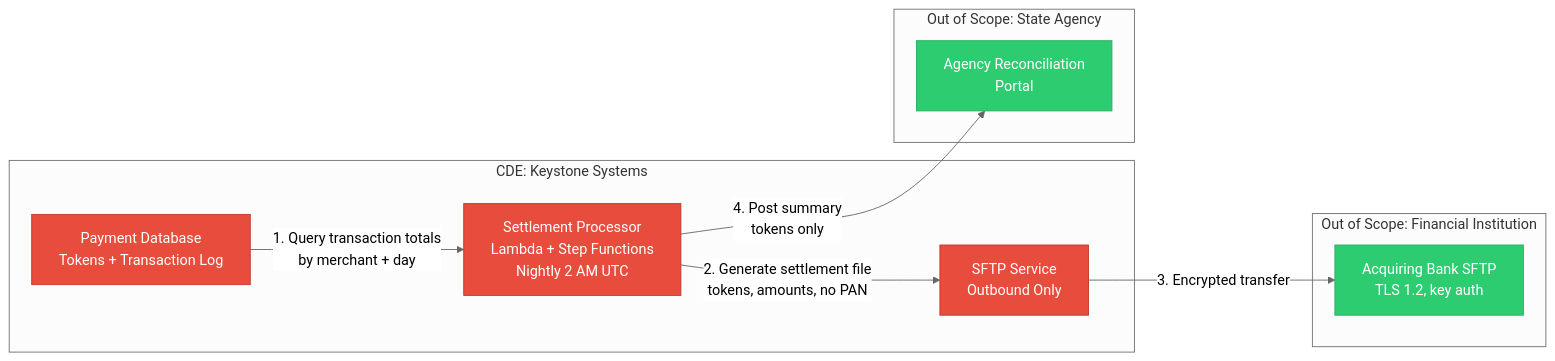
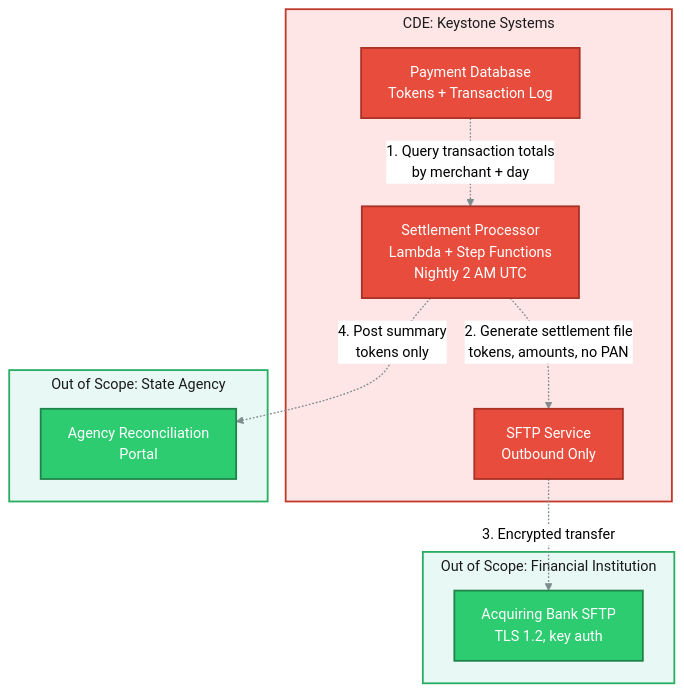
One commit to Josephkamara/audit-defense-portfolio changed the second of 3 diagrams in projects/payment-processor-compliance-program/01-scoping/cardholder-data-flow.md. Above: the diagram before and after it, drawn with Mermaid (neutral theme). The commit also changed other lines of this file, not shown here.

First line of the commit message:
Fix cardholder data flow diagrams (#5)

````diff
--- a/projects/payment-processor-compliance-program/01-scoping/cardholder-data-flow.md
+++ b/projects/payment-processor-compliance-program/01-scoping/cardholder-data-flow.md
@@ -71,27 +78,29 @@
 ```mermaid
-graph LR
-    subgraph "CDE: Keystone Systems"
-        A[Payment Database<br/>Tokens + Transaction Log]
-        B[Settlement Processor<br/>Lambda + Step Functions<br/>Nightly 2 AM UTC]
-        C[SFTP Service<br/>Outbound Only]
+%%{init: {"flowchart": {"subGraphTitleMargin": {"top": 4, "bottom": 14}}}}%%
+flowchart TB
+    subgraph cde2["CDE: Keystone Systems"]
+        A["Payment Database<br/>Tokens + Transaction Log"]
+        B["Settlement Processor<br/>Lambda + Step Functions<br/>Nightly 2 AM UTC"]
+        C["SFTP Service<br/>Outbound Only"]
     end
-    
-    subgraph "Out of Scope: Financial Institution"
-        D[Acquiring Bank SFTP<br/>TLS 1.2, key auth]
+    subgraph bank2["Out of Scope: Financial Institution"]
+        D["Acquiring Bank SFTP<br/>TLS 1.2, key auth"]
     end
-    
-    subgraph "Out of Scope: State Agency"
-        E[Agency Reconciliation<br/>Portal]
+    subgraph agency2["Out of Scope: State Agency"]
+        E["Agency Reconciliation<br/>Portal"]
     end
-    
-    A -->|1. Query transaction totals<br/>by merchant + day| B
-    B -->|2. Generate settlement file<br/>tokens, amounts, no PAN| C
-    C -->|3. Encrypted transfer| D
-    B -->|4. Post summary<br/>tokens only| E
-    
-    style A fill:#e74c3c,stroke:#c0392b,color:#fff
-    style B fill:#e74c3c,stroke:#c0392b,color:#fff
-    style C fill:#e74c3c,stroke:#c0392b,color:#fff
-    style D fill:#2ecc71,stroke:#27ae60,color:#fff
-    style E fill:#2ecc71,stroke:#27ae60,color:#fff
+
+    A -.->|"1. Query transaction totals<br/>by merchant + day"| B
+    B -.->|"2. Generate settlement file<br/>tokens, amounts, no PAN"| C
+    C -.->|"3. Encrypted transfer"| D
+    B -.->|"4. Post summary<br/>tokens only"| E
+
+    linkStyle 0,1,2,3 stroke:#7f8c8d,stroke-width:1.5px
+    classDef cdeNode fill:#e74c3c,stroke:#a93226,stroke-width:2px,color:#ffffff
+    classDef oosNode fill:#2ecc71,stroke:#1e8449,stroke-width:2px,color:#ffffff
+    class A,B,C cdeNode
+    class D,E oosNode
+    style cde2 fill:#ffe6e6,stroke:#c0392b,stroke-width:2px,color:#1a1a1a
+    style bank2 fill:#e8f8f5,stroke:#27ae60,stroke-width:2px,color:#1a1a1a
+    style agency2 fill:#e8f8f5,stroke:#27ae60,stroke-width:2px,color:#1a1a1a
 ```
````
